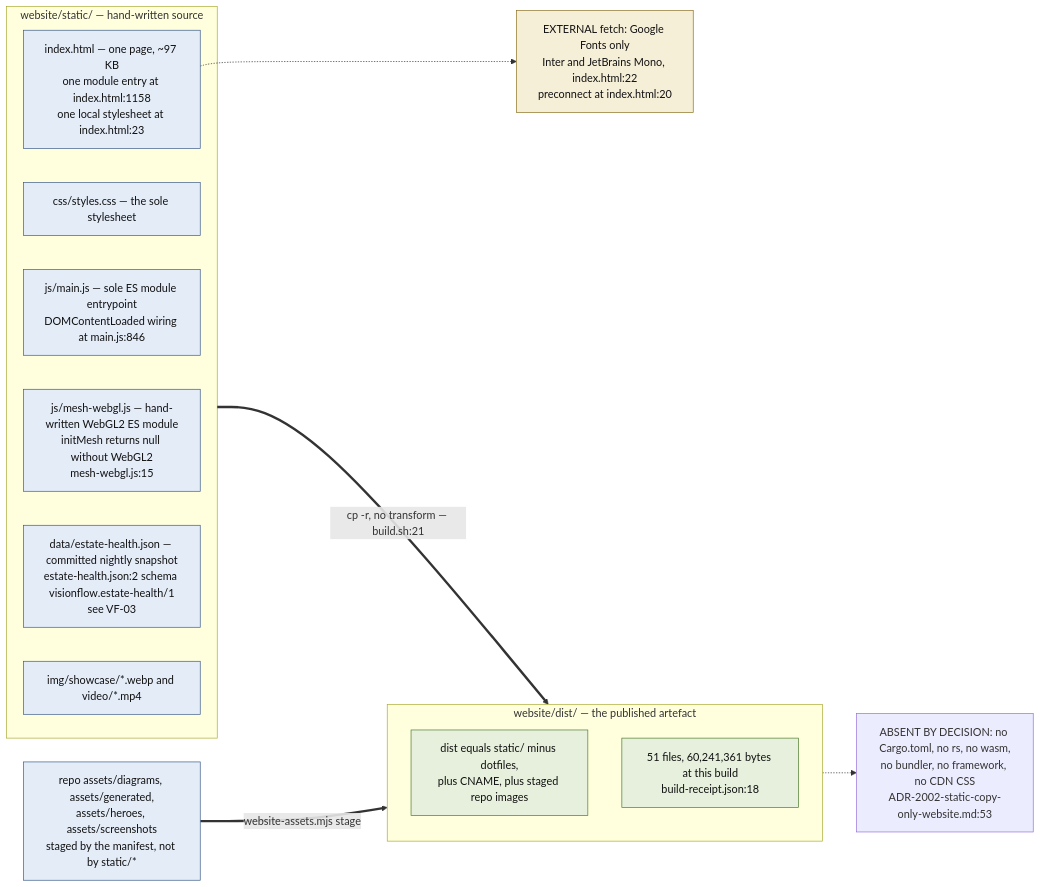
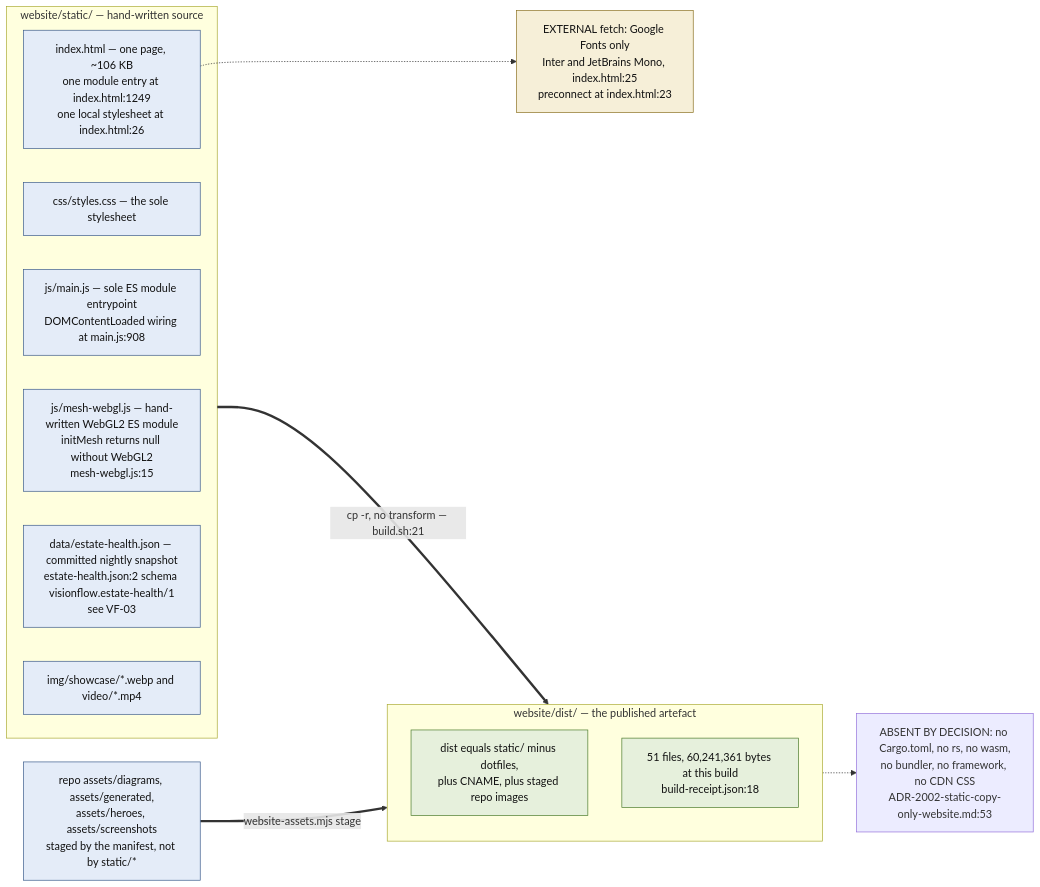
The second of 12 diagrams in docs/diagrams/visionflow/02-website-build-and-deploy.md (DreamLab-AI/VisionFlow), drawn with Mermaid before and after one commit. The commit also changed other lines of this file and 94 other files, not shown here.

First line of the commit message:
docs(diagrams): re-verify 130 topics against 2 October HEADs

````diff
--- a/docs/diagrams/visionflow/02-website-build-and-deploy.md
+++ b/docs/diagrams/visionflow/02-website-build-and-deploy.md
@@ -68,30 +69,30 @@
 ```mermaid
 flowchart LR
     classDef src fill:#e4ecf8,stroke:#3a5a8a,color:#111
     classDef out fill:#e6f0dc,stroke:#4a7a2a,color:#111
     classDef ext fill:#f6efd8,stroke:#8a7020,color:#111
 
     subgraph STATIC["website/static/ — hand-written source"]
-        IDX["index.html — one page, ~97 KB<br/>one module entry at index.html:1158<br/>one local stylesheet at index.html:23"]:::src
+        IDX["index.html — one page, ~106 KB<br/>one module entry at index.html:1249<br/>one local stylesheet at index.html:26"]:::src
         CSS["css/styles.css — the sole stylesheet"]:::src
-        MAIN["js/main.js — sole ES module entrypoint<br/>DOMContentLoaded wiring at main.js:846"]:::src
+        MAIN["js/main.js — sole ES module entrypoint<br/>DOMContentLoaded wiring at main.js:908"]:::src
         MESH["js/mesh-webgl.js — hand-written WebGL2 ES module<br/>initMesh returns null without WebGL2<br/>mesh-webgl.js:15"]:::src
         DATA["data/estate-health.json — committed nightly snapshot<br/>estate-health.json:2 schema visionflow.estate-health/1<br/>see VF-03"]:::src
         MEDIA["img/showcase/*.webp and video/*.mp4"]:::src
     end
 
     subgraph DIST["website/dist/ — the published artefact"]
         D1["dist equals static/ minus dotfiles,<br/>plus CNAME, plus staged repo images"]:::out
         D2["51 files, 60,241,361 bytes at this build<br/>build-receipt.json:18"]:::out
     end
 
     STATIC ==>|"cp -r, no transform — build.sh:21"| DIST
     ASSETS["repo assets/diagrams, assets/generated,<br/>assets/heroes, assets/screenshots<br/>staged by the manifest, not by static/*"]:::src
     ASSETS ==>|"website-assets.mjs stage"| DIST
 
-    FONTS["EXTERNAL fetch: Google Fonts only<br/>Inter and JetBrains Mono, index.html:22<br/>preconnect at index.html:20"]:::ext
+    FONTS["EXTERNAL fetch: Google Fonts only<br/>Inter and JetBrains Mono, index.html:25<br/>preconnect at index.html:23"]:::ext
     IDX -.-> FONTS
 
     NEG["ABSENT BY DECISION: no Cargo.toml, no rs, no wasm,<br/>no bundler, no framework, no CDN CSS<br/>ADR-2002-static-copy-only-website.md:53"]
     DIST -.-> NEG
 ```
````
